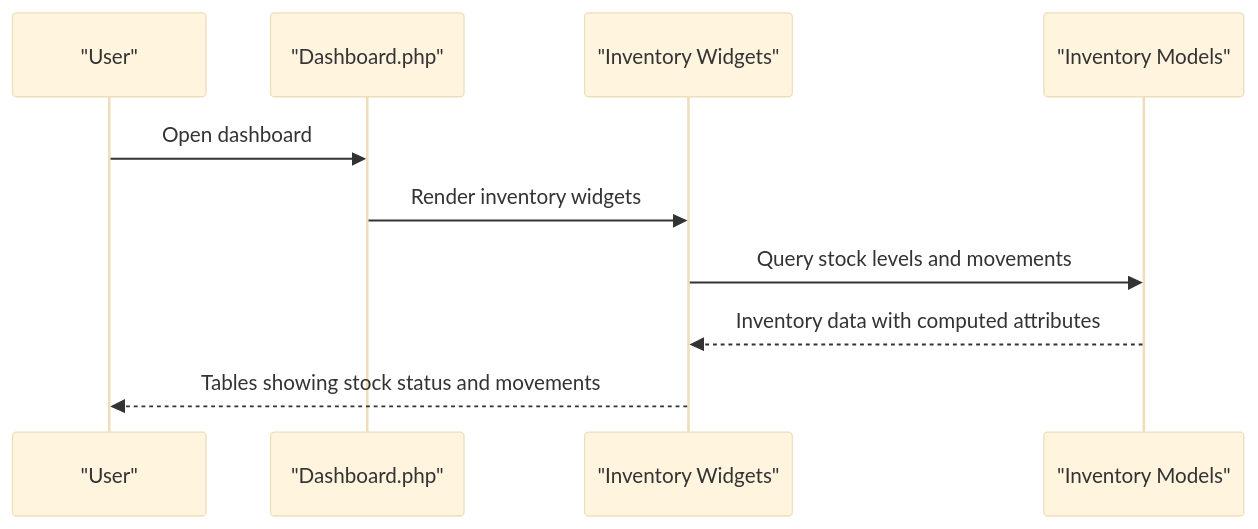
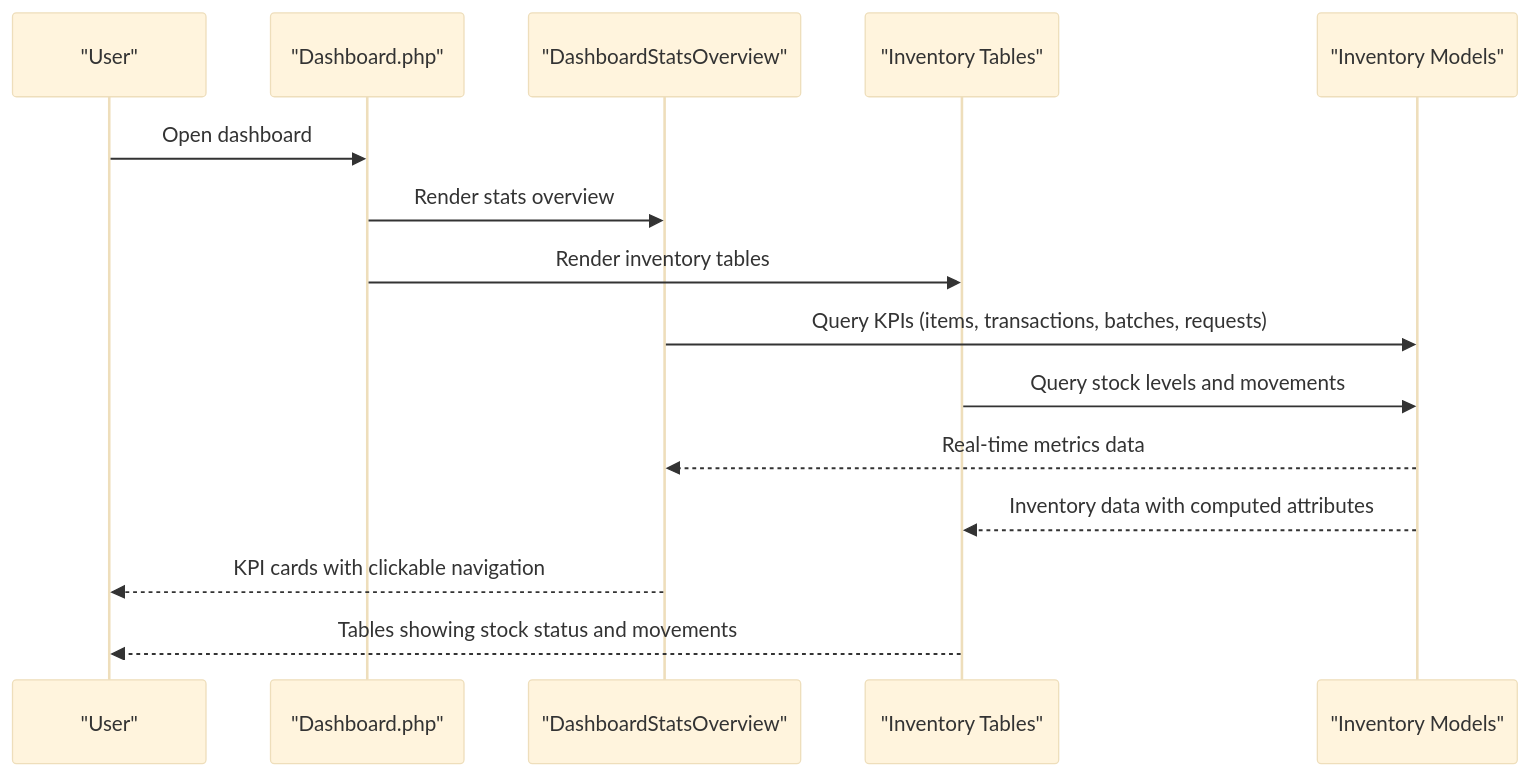
The second of 8 diagrams in .qoder/repowiki/en/content/Filament Admin Panel/Dashboard Widgets.md (Dikksap/laravel_RsvHelmet), drawn with Mermaid (base theme) before and after one commit. The commit also changed other lines of this file and 52 other files, not shown here.

````diff
--- a/.qoder/repowiki/en/content/Filament Admin Panel/Dashboard Widgets.md
+++ b/.qoder/repowiki/en/content/Filament Admin Panel/Dashboard Widgets.md
@@ -110,12 +138,17 @@
 ```mermaid
 sequenceDiagram
 participant User as "User"
 participant Page as "Dashboard.php"
-participant Widget as "Inventory Widgets"
+participant StatsWidget as "DashboardStatsOverview"
+participant TableWidgets as "Inventory Tables"
 participant Model as "Inventory Models"
 User->>Page : Open dashboard
-Page->>Widget : Render inventory widgets
-Widget->>Model : Query stock levels and movements
-Model-->>Widget : Inventory data with computed attributes
-Widget-->>User : Tables showing stock status and movements
+Page->>StatsWidget : Render stats overview
+Page->>TableWidgets : Render inventory tables
+StatsWidget->>Model : Query KPIs (items, transactions, batches, requests)
+TableWidgets->>Model : Query stock levels and movements
+Model-->>StatsWidget : Real-time metrics data
+Model-->>TableWidgets : Inventory data with computed attributes
+StatsWidget-->>User : KPI cards with clickable navigation
+TableWidgets-->>User : Tables showing stock status and movements
 ```
````
